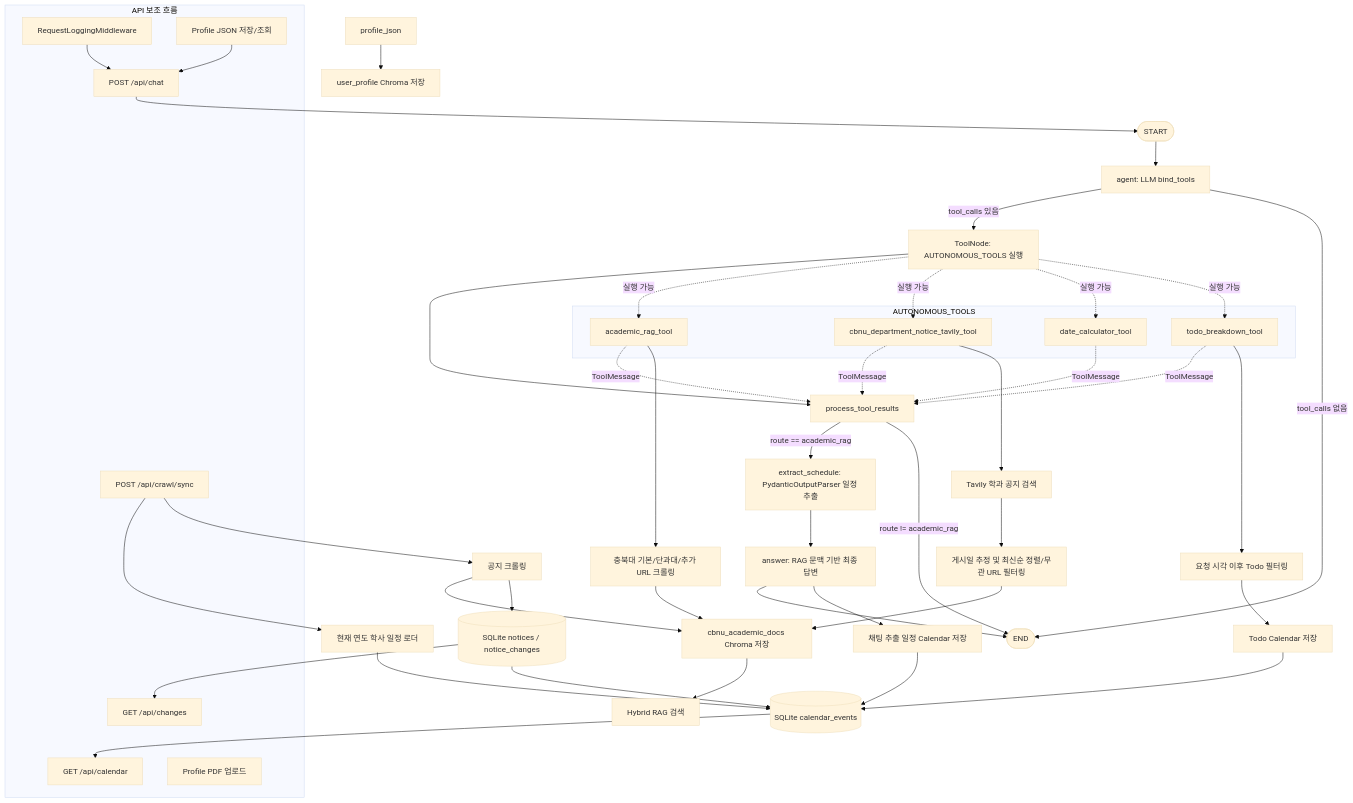
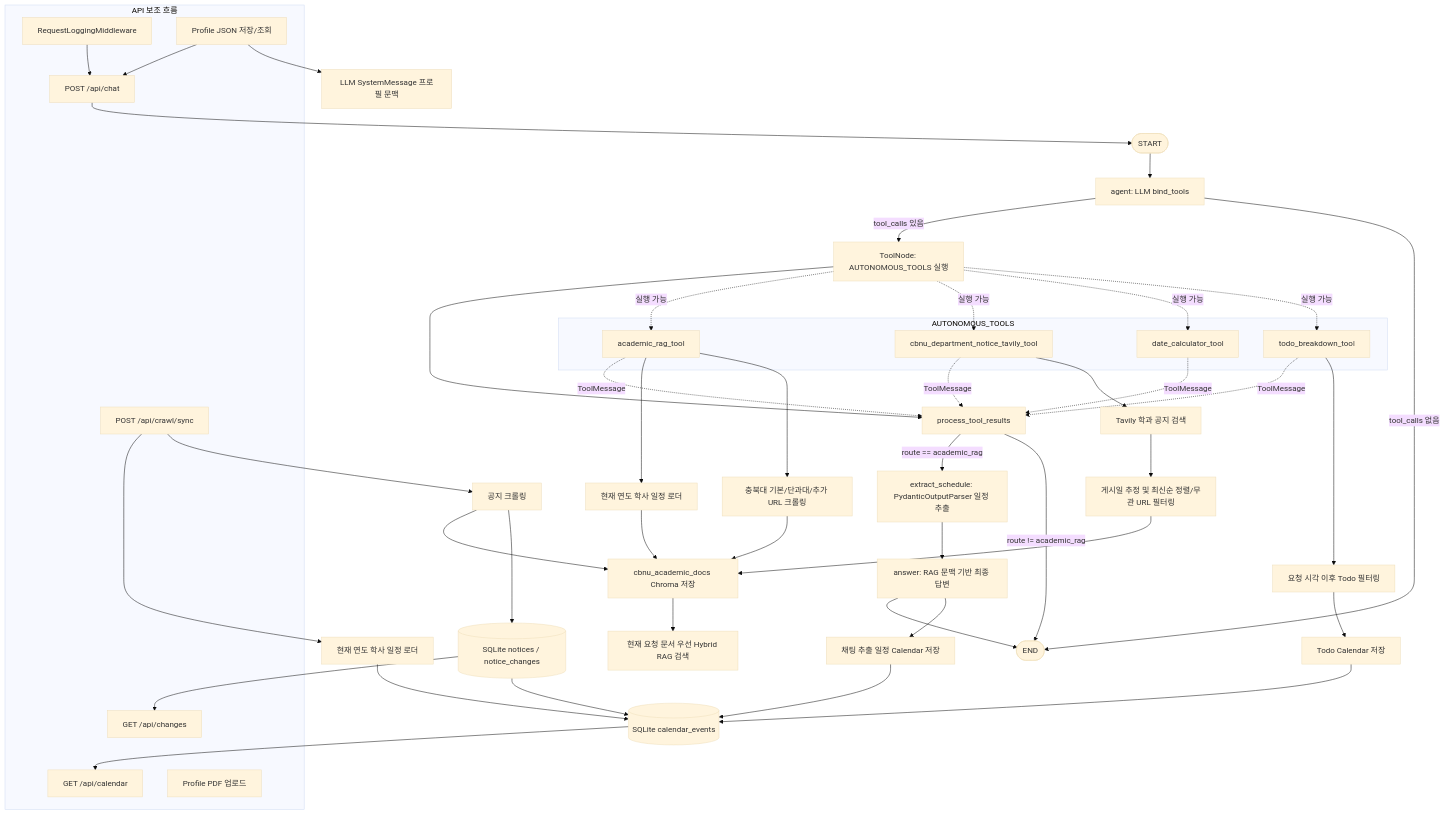
One commit to MinseokP02/CBNU_Academic_Agent_ changed the diagram in README.md. Above: the diagram before and after it, drawn with Mermaid (base theme). The commit also changed other lines of this file and 1 other file, not shown here.

````diff
--- a/README.md
+++ b/README.md
@@ -47,73 +47,75 @@
 ```mermaid
 flowchart TD
     START([START]) --> agent[agent: LLM bind_tools]
 
     agent -->|tool_calls 있음| tools[ToolNode: AUTONOMOUS_TOOLS 실행]
     agent -->|tool_calls 없음| END([END])
 
     tools --> process[process_tool_results]
 
     process -->|route == academic_rag| extract[extract_schedule: PydanticOutputParser 일정 추출]
     process -->|route != academic_rag| END
 
     extract --> answer[answer: RAG 문맥 기반 최종 답변]
     answer --> END
 
     subgraph autonomous_tools[AUTONOMOUS_TOOLS]
         academic_rag[academic_rag_tool]
         department_notice[cbnu_department_notice_tavily_tool]
         date_calc[date_calculator_tool]
         todo_breakdown[todo_breakdown_tool]
     end
 
     tools -. 실행 가능 .-> academic_rag
     tools -. 실행 가능 .-> department_notice
     tools -. 실행 가능 .-> date_calc
     tools -. 실행 가능 .-> todo_breakdown
 
     academic_rag -. ToolMessage .-> process
     department_notice -. ToolMessage .-> process
     date_calc -. ToolMessage .-> process
     todo_breakdown -. ToolMessage .-> process
 
+    academic_rag --> chat_schedule_loader[현재 연도 학사 일정 로더]
     academic_rag --> crawl[충북대 기본/단과대/추가 URL 크롤링]
-    crawl --> chroma[cbnu_academic_docs Chroma 저장]
-    chroma --> rag_search[Hybrid RAG 검색]
+    chat_schedule_loader --> chroma[cbnu_academic_docs Chroma 저장]
+    crawl --> chroma
+    chroma --> rag_search[현재 요청 문서 우선 Hybrid RAG 검색]
 
     department_notice --> tavily[Tavily 학과 공지 검색]
     tavily --> filter_notice[게시일 추정 및 최신순 정렬/무관 URL 필터링]
     filter_notice --> chroma
 
     todo_breakdown --> todo_filter[요청 시각 이후 Todo 필터링]
     todo_filter --> todo_calendar[Todo Calendar 저장]
 
     answer --> schedule_calendar[채팅 추출 일정 Calendar 저장]
 
     subgraph api_side_flows[API 보조 흐름]
         middleware[RequestLoggingMiddleware]
         chat[POST /api/chat]
         profile[Profile JSON 저장/조회]
         sync[POST /api/crawl/sync]
         calendar_api[GET /api/calendar]
         changes_api[GET /api/changes]
         profile_pdf[Profile PDF 업로드]
     end
 
     middleware --> chat
     profile --> chat
     chat --> START
 
     sync --> schedule_loader[현재 연도 학사 일정 로더]
     sync --> notice_crawl[공지 크롤링]
     schedule_loader --> calendar_db[(SQLite calendar_events)]
     notice_crawl --> chroma
     notice_crawl --> change_store[(SQLite notices / notice_changes)]
     change_store --> calendar_db
 
     schedule_calendar --> calendar_db
     todo_calendar --> calendar_db
     calendar_db --> calendar_api
     change_store --> changes_api
 
-    profile_json --> profile_chroma[user_profile Chroma 저장]
+    profile --> profile_context[LLM SystemMessage 프로필 문맥]
 ```
````
